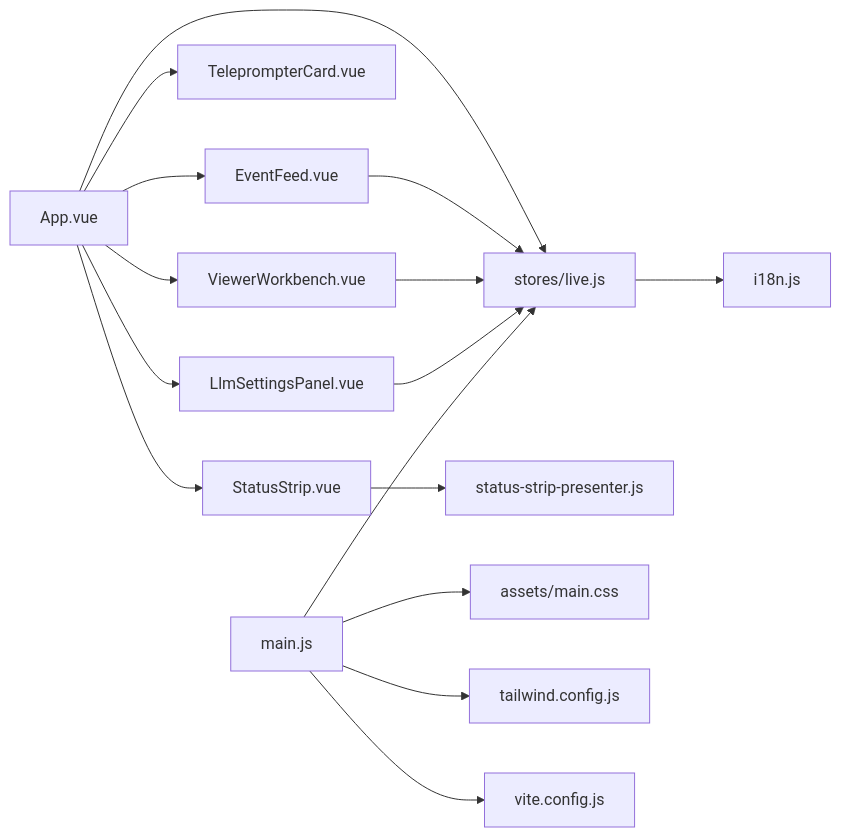
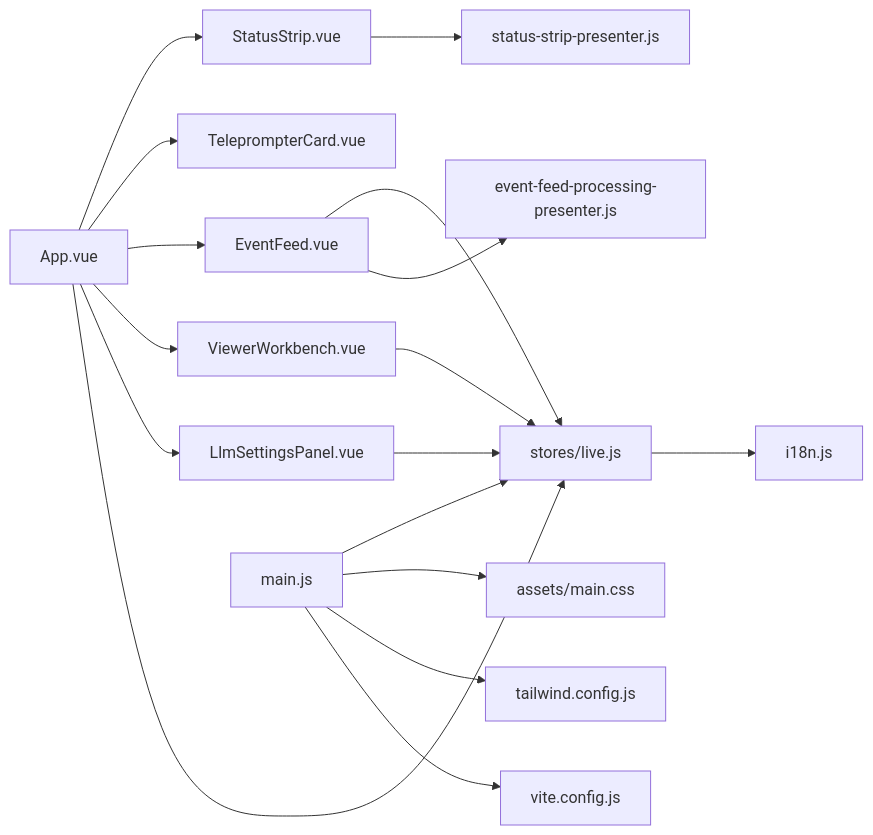
The seventh of 8 diagrams in .qoder/repowiki/zh/content/前端应用/前端应用.md (Moon-Force/DouYin_llm), drawn with Mermaid before and after one commit. The commit also changed other lines of this file and 34 other files, not shown here.

````diff
--- a/.qoder/repowiki/zh/content/前端应用/前端应用.md
+++ b/.qoder/repowiki/zh/content/前端应用/前端应用.md
@@ -268,18 +278,19 @@
 ```mermaid
 graph LR
 App["App.vue"] --> SS["StatusStrip.vue"]
 App --> TP["TeleprompterCard.vue"]
 App --> EF["EventFeed.vue"]
 App --> VW["ViewerWorkbench.vue"]
 App --> LP["LlmSettingsPanel.vue"]
 App --> Store["stores/live.js"]
 SS --> Presenter["status-strip-presenter.js"]
 EF --> Store
+EF --> ProcessingPresenter["event-feed-processing-presenter.js"]
 VW --> Store
 LP --> Store
 Store --> I18n["i18n.js"]
 Main["main.js"] --> Store
 Main --> CSS["assets/main.css"]
 Main --> TW["tailwind.config.js"]
 Main --> Vite["vite.config.js"]
 ```
````
